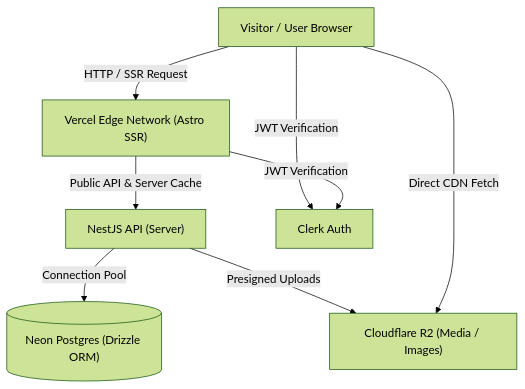
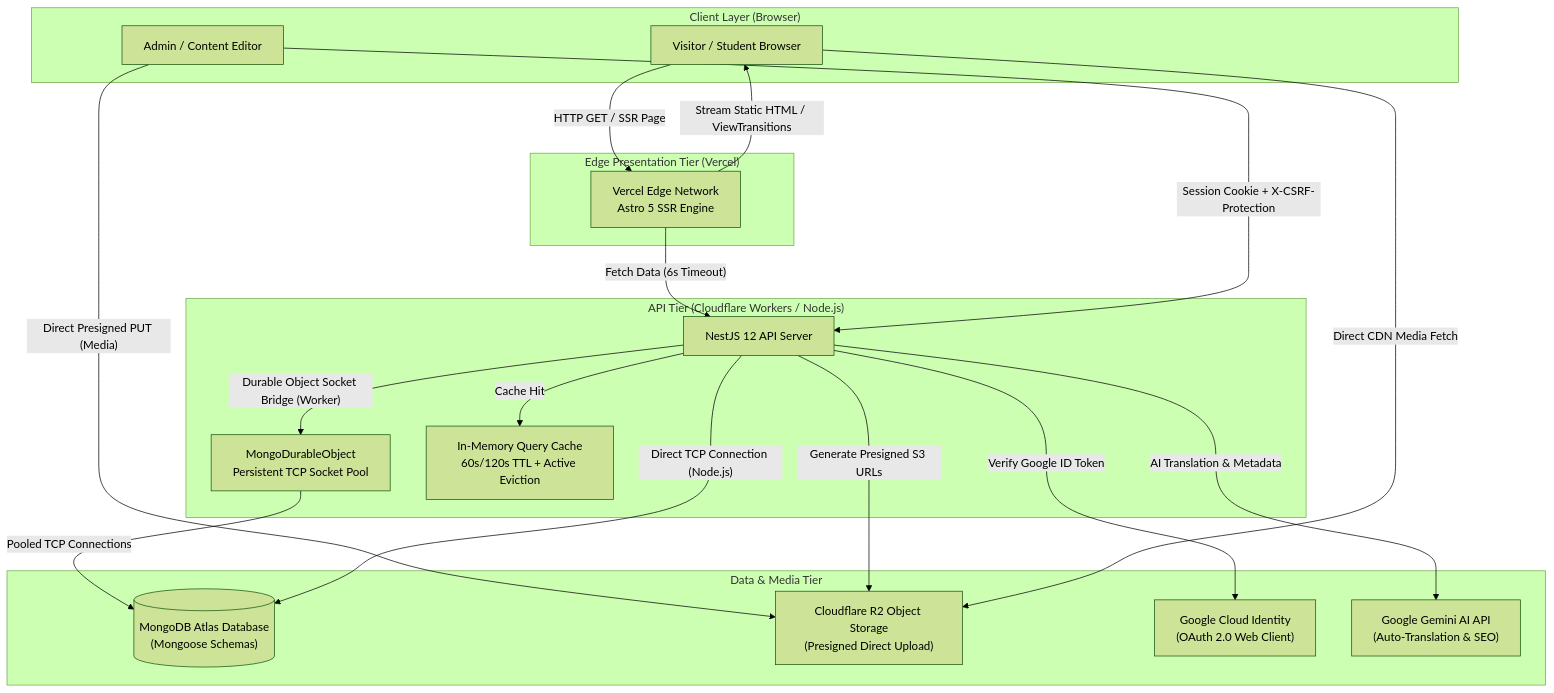
The diagram in README.md (Awaken-Core/examresource), drawn with Mermaid (forest theme) before and after one commit. The commit also changed other lines of this file and 18 other files, not shown here.

Commit message:
fix(article-perf): fix CLS, LCP discovery, heading hierarchy, contrast, and add editor image metadata modal with AI

````diff
--- a/README.md
+++ b/README.md
@@ -11,16 +11,41 @@
 ```mermaid
-graph TD
-    Client["Visitor / User Browser"]
-    Vercel["Vercel Edge Network (Astro SSR)"]
-    Nest["NestJS API (Server)"]
-    DB[("Neon Postgres (Drizzle ORM)")]
-    R2["Cloudflare R2 (Media / Images)"]
-    Clerk["Clerk Auth"]
+flowchart TD
+    subgraph ClientLayer ["Client Layer (Browser)"]
+        User["Visitor / Student Browser"]
+        Admin["Admin / Content Editor"]
+    end
 
-    Client -->|"HTTP / SSR Request"| Vercel
-    Vercel -->|"Public API & Server Cache"| Nest
-    Nest -->|"Connection Pool"| DB
-    Nest -->|"Presigned Uploads"| R2
-    Client -->|"Direct CDN Fetch"| R2
-    Client & Vercel -->|"JWT Verification"| Clerk
+    subgraph EdgeFrontend ["Edge Presentation Tier (Vercel)"]
+        VercelEdge["Vercel Edge Network<br/>Astro 5 SSR Engine"]
+    end
+
+    subgraph BackendAPI ["API Tier (Cloudflare Workers / Node.js)"]
+        NestApp["NestJS 12 API Server"]
+        DurableProxy["MongoDurableObject<br/>Persistent TCP Socket Pool"]
+        MemCache["In-Memory Query Cache<br/>60s/120s TTL + Active Eviction"]
+    end
+
+    subgraph DataStorage ["Data & Media Tier"]
+        MongoDB[("MongoDB Atlas Database<br/>(Mongoose Schemas)")]
+        R2["Cloudflare R2 Object Storage<br/>(Presigned Direct Upload)"]
+        GoogleAuth["Google Cloud Identity<br/>(OAuth 2.0 Web Client)"]
+        Gemini["Google Gemini AI API<br/>(Auto-Translation & SEO)"]
+    end
+
+    User -->|"HTTP GET / SSR Page"| VercelEdge
+    VercelEdge -->|"Fetch Data (6s Timeout)"| NestApp
+    VercelEdge -->|"Stream Static HTML / ViewTransitions"| User
+
+    Admin -->|"Session Cookie + X-CSRF-Protection"| NestApp
+    Admin -->|"Direct Presigned PUT (Media)"| R2
+    NestApp -->|"Generate Presigned S3 URLs"| R2
+    User -->|"Direct CDN Media Fetch"| R2
+
+    NestApp -->|"Cache Hit"| MemCache
+    NestApp -->|"Durable Object Socket Bridge (Worker)"| DurableProxy
+    DurableProxy -->|"Pooled TCP Connections"| MongoDB
+    NestApp -->|"Direct TCP Connection (Node.js)"| MongoDB
+
+    NestApp -->|"Verify Google ID Token"| GoogleAuth
+    NestApp -->|"AI Translation & Metadata"| Gemini
 ```
````
